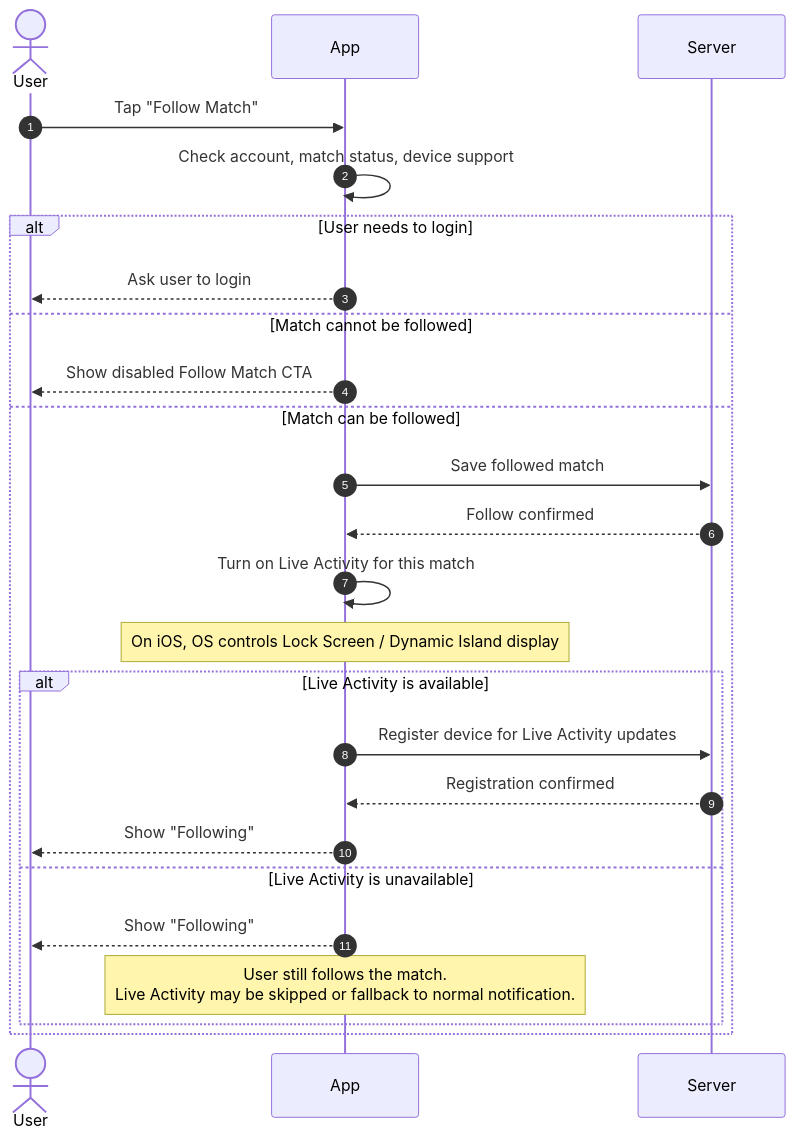
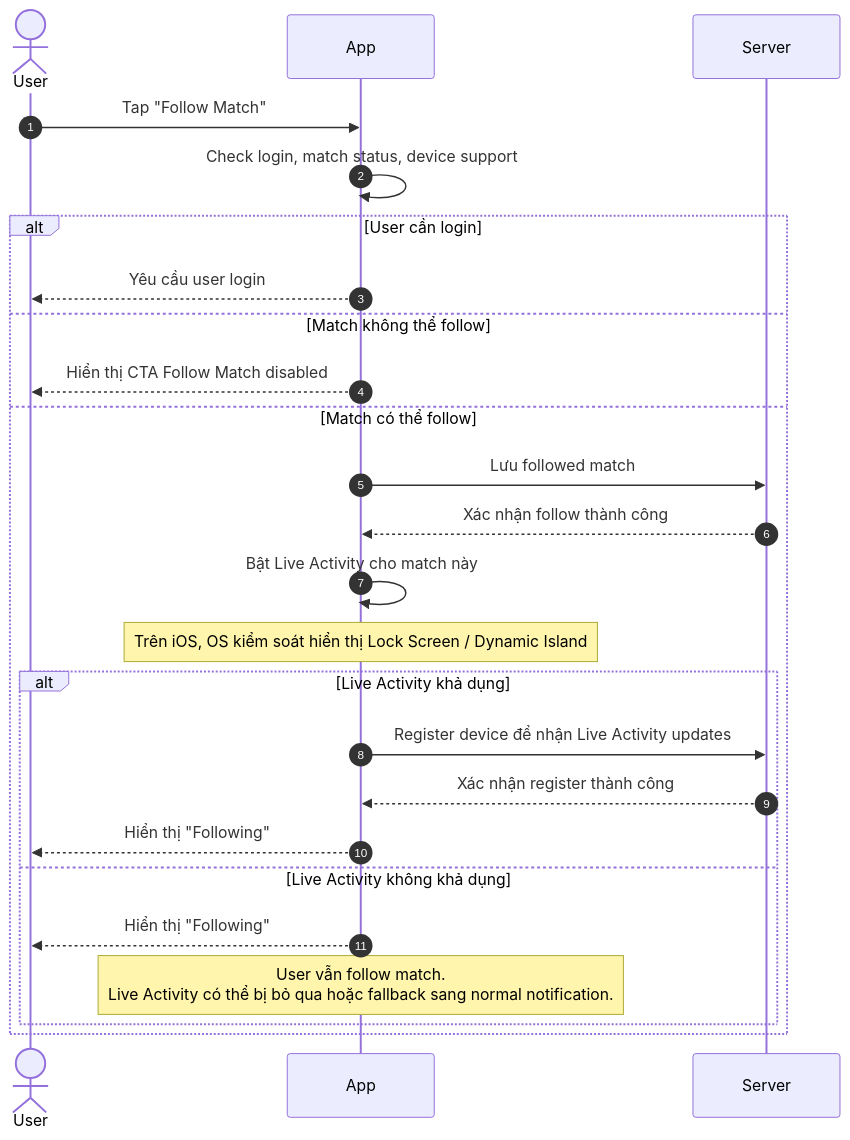
One commit to duongdang1136/FPTPLay changed the first of 4 diagrams in features/final-docs/Sport-Zone/Live-Activity/product/live-activity-user-flows.md. Above: the diagram before and after it, drawn with Mermaid. The commit also changed other lines of this file, not shown here.

Commit message:
docs: translate live activity user flows

````diff
--- a/features/final-docs/Sport-Zone/Live-Activity/product/live-activity-user-flows.md
+++ b/features/final-docs/Sport-Zone/Live-Activity/product/live-activity-user-flows.md
@@ -30,32 +30,32 @@
 ```mermaid
 sequenceDiagram
     autonumber
 
     actor User
     participant App
     participant Server
 
     User->>App: Tap "Follow Match"
-    App->>App: Check account, match status, device support
+    App->>App: Check login, match status, device support
 
-    alt User needs to login
-        App-->>User: Ask user to login
-    else Match cannot be followed
-        App-->>User: Show disabled Follow Match CTA
-    else Match can be followed
-        App->>Server: Save followed match
-        Server-->>App: Follow confirmed
+    alt User cần login
+        App-->>User: Yêu cầu user login
+    else Match không thể follow
+        App-->>User: Hiển thị CTA Follow Match disabled
+    else Match có thể follow
+        App->>Server: Lưu followed match
+        Server-->>App: Xác nhận follow thành công
 
-        App->>App: Turn on Live Activity for this match
-        Note over App: On iOS, OS controls Lock Screen / Dynamic Island display
+        App->>App: Bật Live Activity cho match này
+        Note over App: Trên iOS, OS kiểm soát hiển thị Lock Screen / Dynamic Island
 
-        alt Live Activity is available
-            App->>Server: Register device for Live Activity updates
-            Server-->>App: Registration confirmed
-            App-->>User: Show "Following"
-        else Live Activity is unavailable
-            App-->>User: Show "Following"
-            Note over App: User still follows the match.<br/>Live Activity may be skipped or fallback to normal notification.
+        alt Live Activity khả dụng
+            App->>Server: Register device để nhận Live Activity updates
+            Server-->>App: Xác nhận register thành công
+            App-->>User: Hiển thị "Following"
+        else Live Activity không khả dụng
+            App-->>User: Hiển thị "Following"
+            Note over App: User vẫn follow match.<br/>Live Activity có thể bị bỏ qua hoặc fallback sang normal notification.
         end
     end
 ```
````
